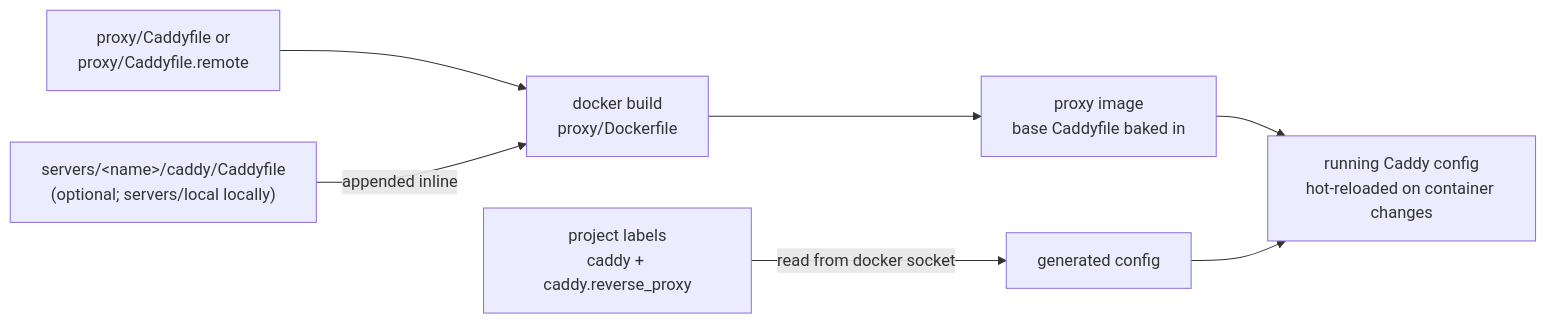
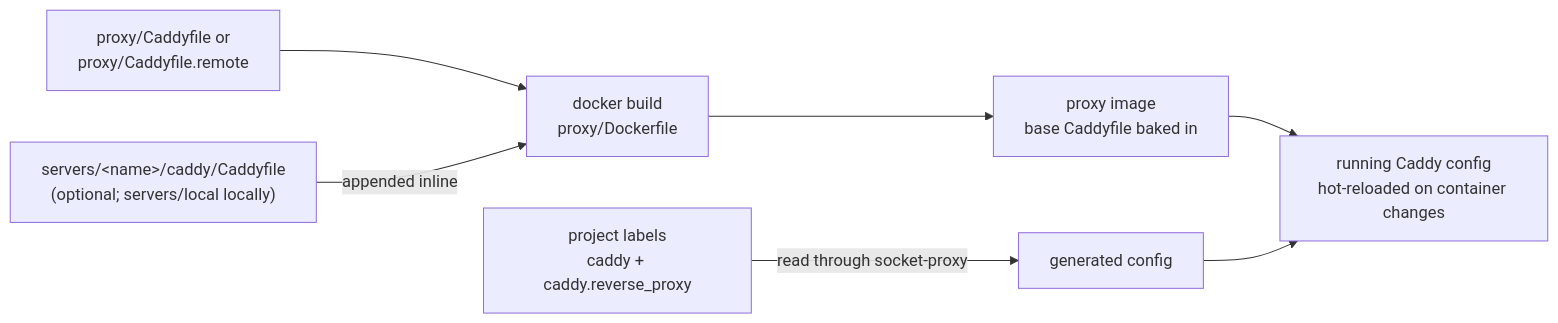
The second of 4 diagrams in docs/architecture.md (rijuma/hubbify), drawn with Mermaid before and after one commit. The commit also changed other lines of this file and 4 other files, not shown here.

Commit message:
feat: read the Docker API through a read-only socket proxy and drop Caddy's capabilities

````diff
--- a/docs/architecture.md
+++ b/docs/architecture.md
@@ -83,9 +89,9 @@
 ```mermaid
 flowchart LR
     base["proxy/Caddyfile or<br/>proxy/Caddyfile.remote"] --> build["docker build<br/>proxy/Dockerfile"]
     extras["servers/&lt;name&gt;/caddy/Caddyfile<br/>(optional; servers/local locally)"] -->|"appended inline"| build
     build --> image["proxy image<br/>base Caddyfile baked in"]
-    labels["project labels<br/>caddy + caddy.reverse_proxy"] -->|"read from docker socket"| gen["generated config"]
+    labels["project labels<br/>caddy + caddy.reverse_proxy"] -->|"read through socket-proxy"| gen["generated config"]
     image --> merged["running Caddy config<br/>hot-reloaded on container changes"]
     gen --> merged
 ```
````
